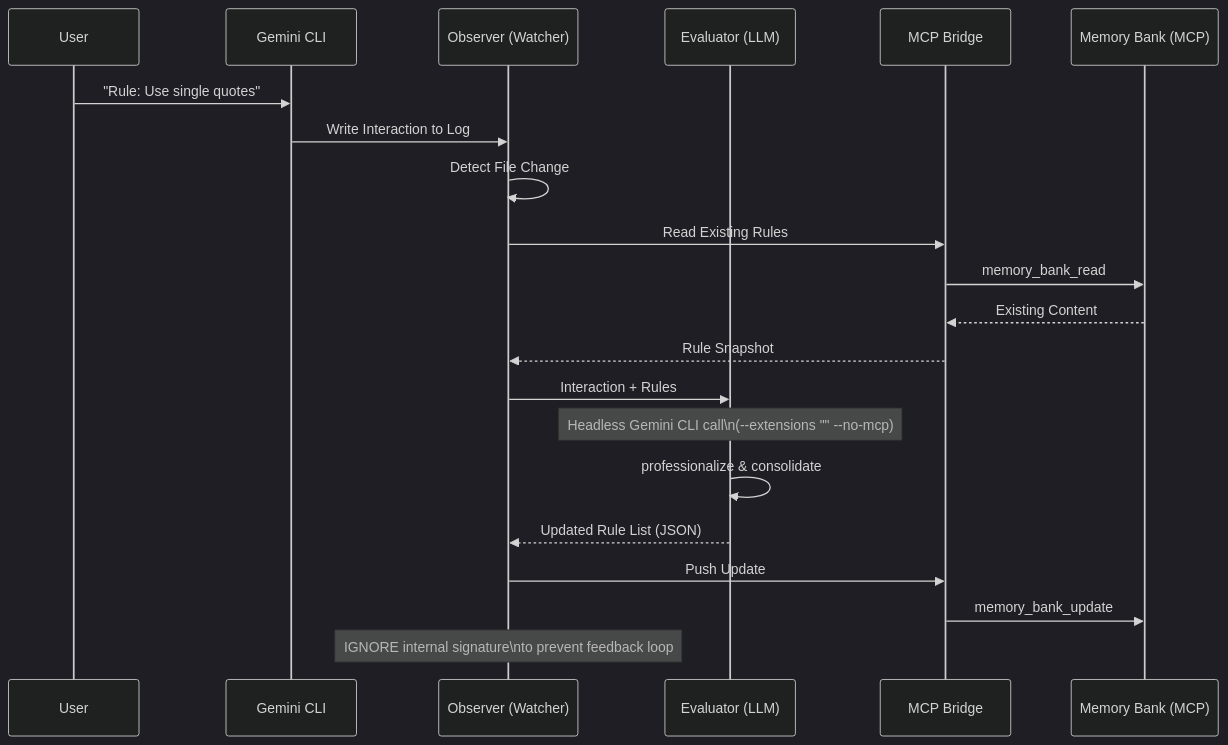
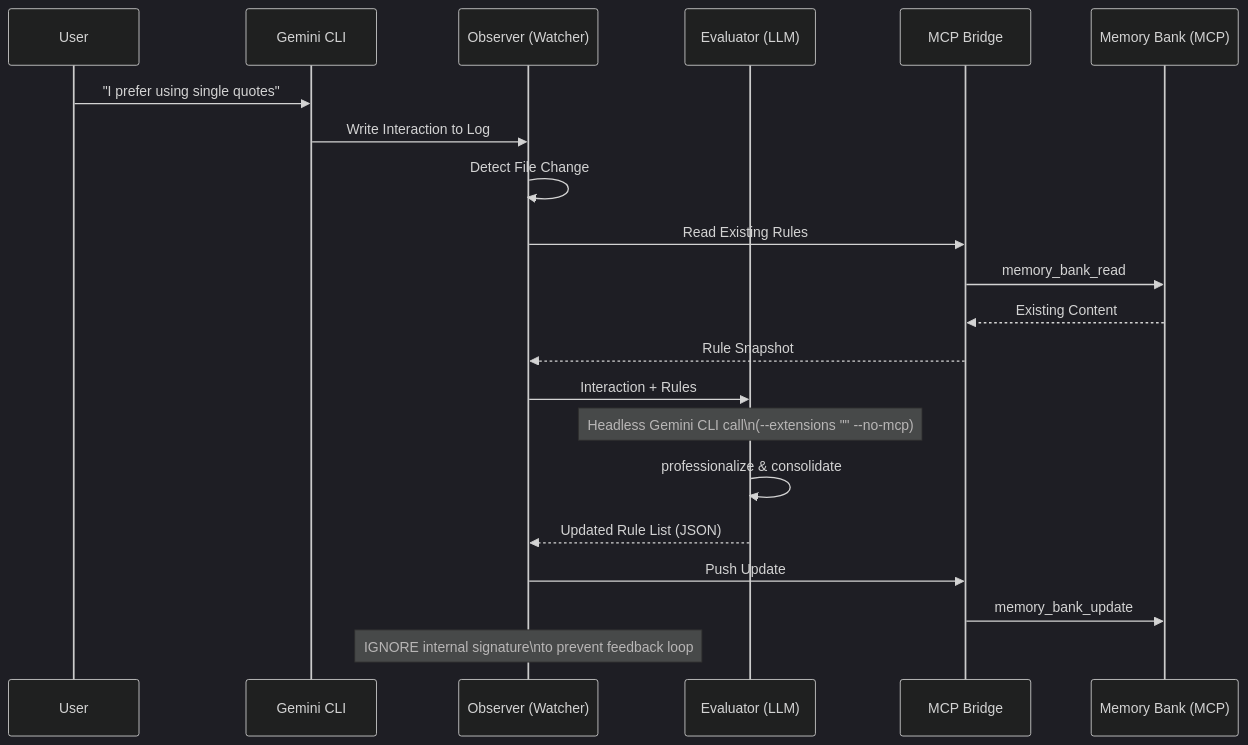
Before and after one commit to wolffrichardj/context-scribe: the diagram in docs/architecture.md, drawn with Mermaid (dark theme). The commit also changed 2 other files, not shown here.

Commit message:
docs: highlight natural conversational interaction in readme and diagram

````diff
--- a/docs/architecture.md
+++ b/docs/architecture.md
@@ -5,27 +5,27 @@
 ```mermaid
 sequenceDiagram
     participant User
     participant GeminiCLI as Gemini CLI
     participant Watcher as Observer (Watcher)
     participant Evaluator as Evaluator (LLM)
     participant Bridge as MCP Bridge
     participant MemoryBank as Memory Bank (MCP)
 
-    User->>GeminiCLI: "Rule: Use single quotes"
+    User->>GeminiCLI: "I prefer using single quotes"
     GeminiCLI->>Watcher: Write Interaction to Log
     Watcher->>Watcher: Detect File Change
     Watcher->>Bridge: Read Existing Rules
     Bridge->>MemoryBank: memory_bank_read
     MemoryBank-->>Bridge: Existing Content
     Bridge-->>Watcher: Rule Snapshot
     Watcher->>Evaluator: Interaction + Rules
     
     Note over Evaluator: Headless Gemini CLI call\n(--extensions "" --no-mcp)
     
     Evaluator->>Evaluator: professionalize & consolidate
     Evaluator-->>Watcher: Updated Rule List (JSON)
     Watcher->>Bridge: Push Update
     Bridge->>MemoryBank: memory_bank_update
     
     Note over Watcher: IGNORE internal signature\nto prevent feedback loop
 ```
````
